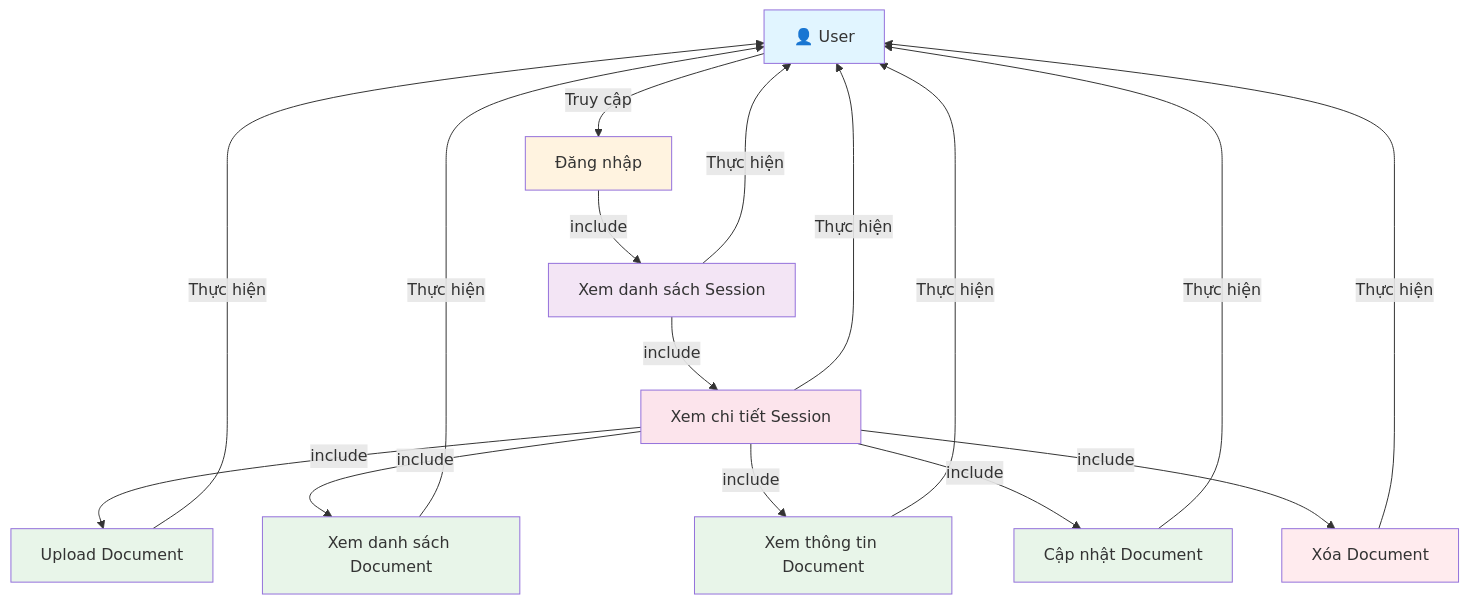
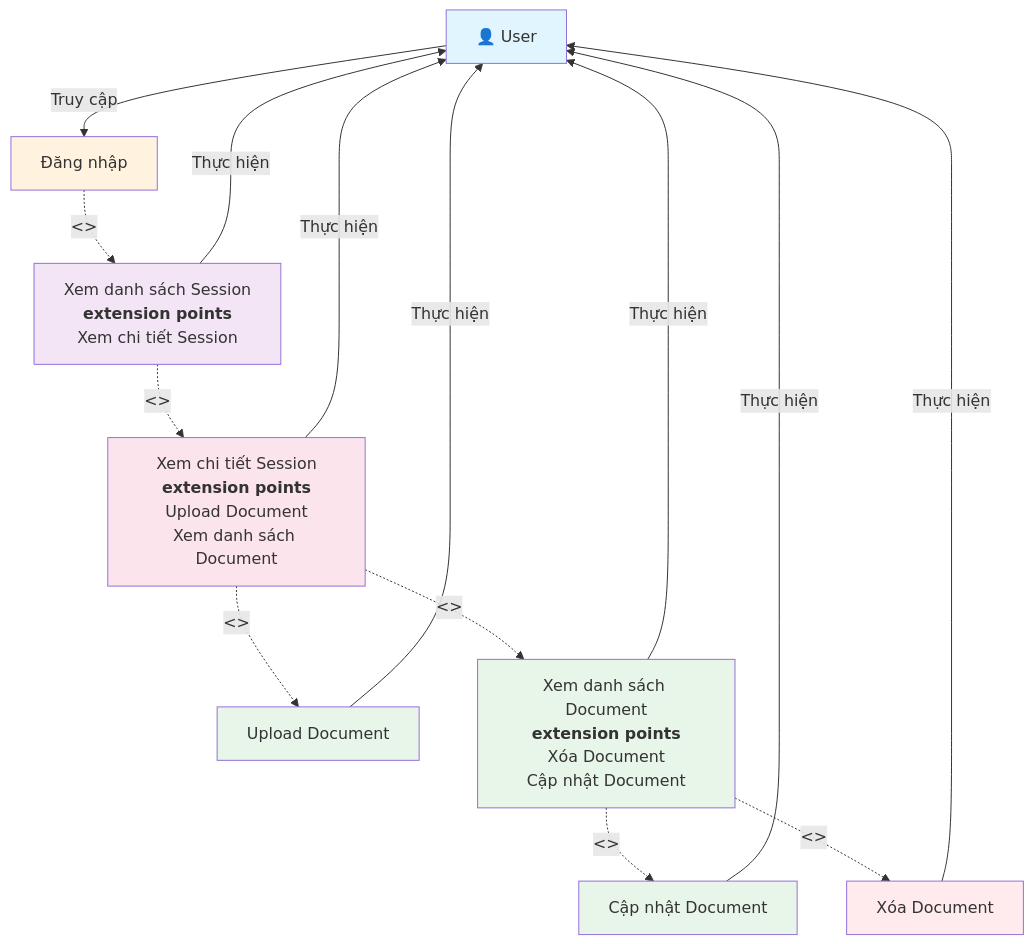
One commit to mduc-2610/gp_doc changed the diagram in document/1_document_management_usecase.md. Above: the diagram before and after it, drawn with Mermaid. The commit also changed other lines of this file and 11 other files, not shown here.

````diff
--- a/document/1_document_management_usecase.md
+++ b/document/1_document_management_usecase.md
@@ -3,45 +3,42 @@
 ```mermaid
 graph TB
     Actor["👤 User"]
     
     Login["Đăng nhập"]
-    ListSessions["Xem danh sách Session"]
-    ViewSessionDetail["Xem chi tiết Session"]
+    ListSessions["Xem danh sách Session<br/><b>extension points</b><br/>Xem chi tiết Session"]
+    ViewSessionDetail["Xem chi tiết Session<br/><b>extension points</b><br/>Upload Document<br/>Xem danh sách Document"]
+    
     UploadDocument["Upload Document"]
-    ViewDocumentList["Xem danh sách Document"]
-    ViewDocumentInfo["Xem thông tin Document"]
+    
+    ViewDocumentList["Xem danh sách Document<br/><b>extension points</b><br/>Xóa Document<br/>Cập nhật Document"]
     UpdateDocument["Cập nhật Document"]
     DeleteDocument["Xóa Document"]
     
     Actor -->|Truy cập| Login
-    Login -->|include| ListSessions
+    Login -.->|<<Include>>| ListSessions
     ListSessions -->|Thực hiện| Actor
     
-    ListSessions -->|include| ViewSessionDetail
+    ListSessions -.->|<<Extend>>| ViewSessionDetail
     ViewSessionDetail -->|Thực hiện| Actor
     
-    ViewSessionDetail -->|include| UploadDocument
+    ViewSessionDetail -.->|<<Extend>>| UploadDocument
     UploadDocument -->|Thực hiện| Actor
     
-    ViewSessionDetail -->|include| ViewDocumentList
+    ViewSessionDetail -.->|<<Extend>>| ViewDocumentList
     ViewDocumentList -->|Thực hiện| Actor
     
-    ViewSessionDetail -->|include| ViewDocumentInfo
-    ViewDocumentInfo -->|Thực hiện| Actor
-    
-    ViewSessionDetail -->|include| UpdateDocument
+    ViewDocumentList -.->|<<Extend>>| UpdateDocument
     UpdateDocument -->|Thực hiện| Actor
     
-    ViewSessionDetail -->|include| DeleteDocument
+    ViewDocumentList -.->|<<Extend>>| DeleteDocument
     DeleteDocument -->|Thực hiện| Actor
     
     style Actor fill:#e1f5ff
     style Login fill:#fff3e0
     style ListSessions fill:#f3e5f5
     style ViewSessionDetail fill:#fce4ec
     style UploadDocument fill:#e8f5e9
     style ViewDocumentList fill:#e8f5e9
-    style ViewDocumentInfo fill:#e8f5e9
     style UpdateDocument fill:#e8f5e9
     style DeleteDocument fill:#ffebee
 ```
````
